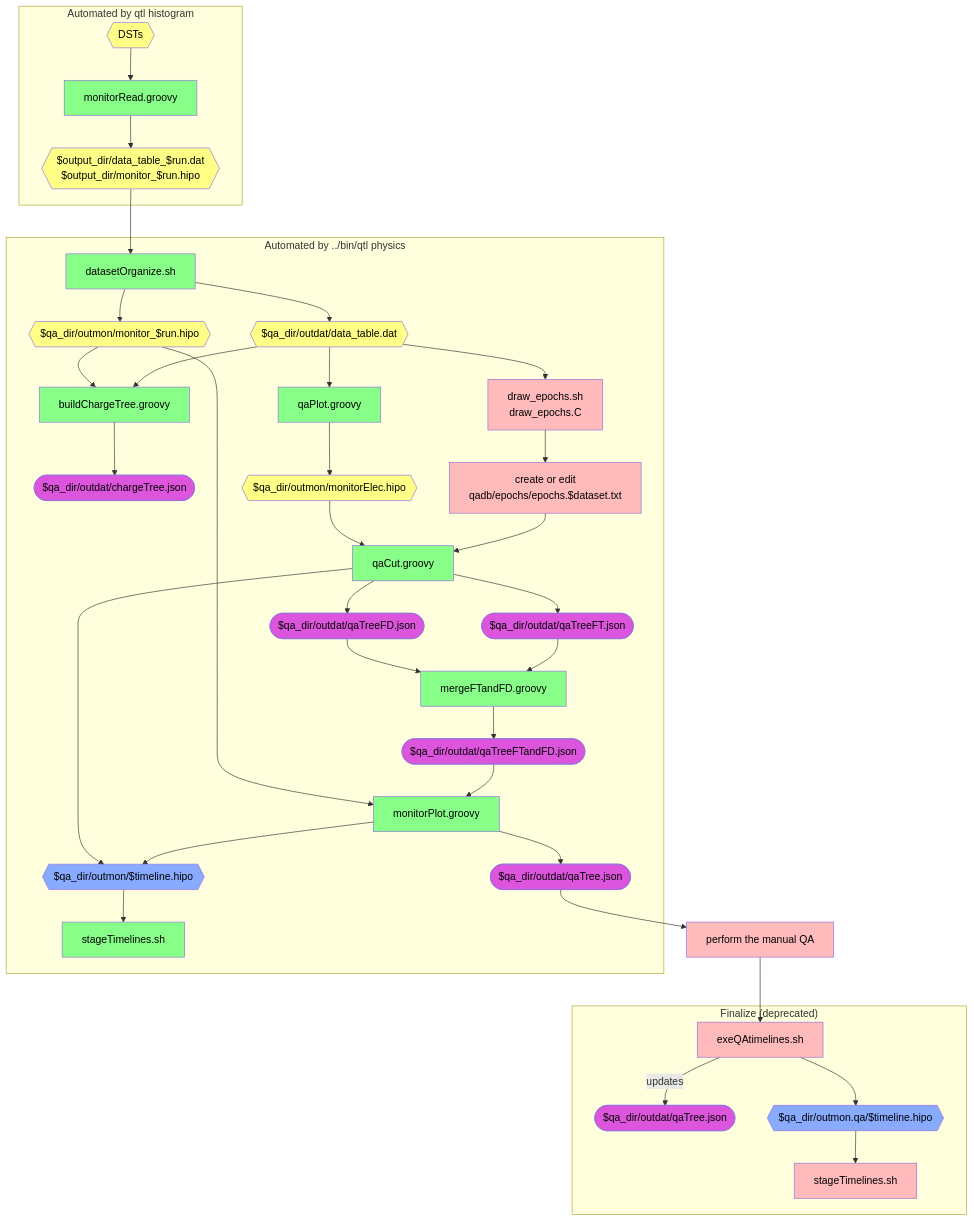
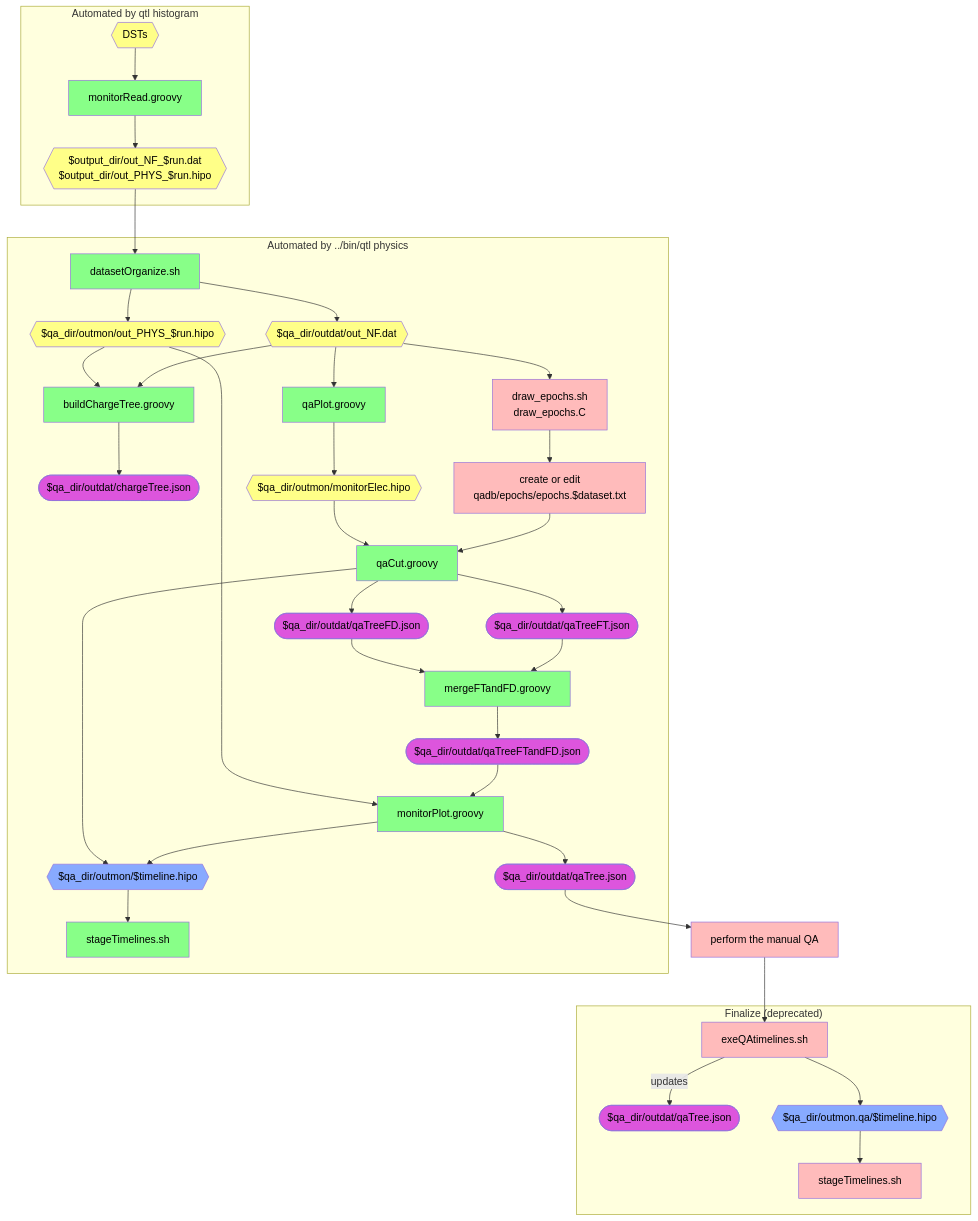
One commit to JeffersonLab/clas12-timeline changed the second of 2 diagrams in qa-physics/README.md. Above: the diagram before and after it, drawn with Mermaid. The commit also changed other lines of this file and 9 other files, not shown here.

````diff
--- a/qa-physics/README.md
+++ b/qa-physics/README.md
@@ -121,76 +121,76 @@
 ```mermaid
 flowchart TB
 
     classDef data fill:#ff8,color:black
     classDef auto fill:#8f8,color:black
     classDef manual fill:#fbb,color:black
     classDef timeline fill:#8af,color:black
     classDef json fill:#d5d,color:black
 
     subgraph "Automated by qtl histogram"
       dst{{DSTs}}:::data
       monitorRead[monitorRead.groovy]:::auto
-      monitorReadOut{{$output_dir/data_table_$run.dat<br>$output_dir/monitor_$run.hipo}}:::data
+      monitorReadOut{{$output_dir/out_NF_$run.dat<br>$output_dir/out_PHYS_$run.hipo}}:::data
       dst --> monitorRead
       monitorRead --> monitorReadOut
     end
 
     subgraph "Automated by ../bin/qtl physics"
       datasetOrganize[datasetOrganize.sh]:::auto
-      outmonFiles{{$qa_dir/outmon/monitor_$run.hipo}}:::data
-      outdatFiles{{$qa_dir/outdat/data_table.dat}}:::data
+      outmonFiles{{$qa_dir/outmon/out_PHYS_$run.hipo}}:::data
+      outdatFiles{{$qa_dir/outdat/out_NF.dat}}:::data
       monitorReadOut --> datasetOrganize
       datasetOrganize --> outmonFiles
       datasetOrganize --> outdatFiles
 
       buildCT[buildChargeTree.groovy]:::auto
       chargeTree([$qa_dir/outdat/chargeTree.json]):::json
       outmonFiles --> buildCT
       outdatFiles --> buildCT
 
       qaPlot[qaPlot.groovy]:::auto
       outdatFiles --> draw_epochs[draw_epochs.sh<br />draw_epochs.C]:::manual
       draw_epochs --> createEpochs[create or edit<br>qadb/epochs/epochs.$dataset.txt]:::manual
       monitorElec{{$qa_dir/outmon/monitorElec.hipo}}:::data
       outdatFiles --> qaPlot
       qaPlot --> monitorElec
 
       qaCut[qaCut.groovy]:::auto
       mergeFTandFD[mergeFTandFD.groovy]:::auto
       qaTreeFD([$qa_dir/outdat/qaTreeFD.json]):::json
       qaTreeFT([$qa_dir/outdat/qaTreeFT.json]):::json
       qaTreeFTandFD([$qa_dir/outdat/qaTreeFTandFD.json]):::json
       timelineFiles{{$qa_dir/outmon/$timeline.hipo}}:::timeline
       monitorElec --> qaCut
       createEpochs --> qaCut
       qaCut --> timelineFiles
       qaCut --> qaTreeFD --> mergeFTandFD
       qaCut --> qaTreeFT --> mergeFTandFD
       mergeFTandFD --> qaTreeFTandFD
 
       monitorPlot[monitorPlot.groovy]:::auto
       qaTree([$qa_dir/outdat/qaTree.json]):::json
       outmonFiles --> monitorPlot
       qaTreeFTandFD --> monitorPlot
       monitorPlot --> qaTree
       monitorPlot --> timelineFiles
 
       stage0[stageTimelines.sh]:::auto
       buildCT --> chargeTree
       timelineFiles --> stage0
     end
 
     subgraph "Finalize (deprecated)"
       exeQAtimelines[exeQAtimelines.sh]:::manual
       qaTreeUpdated([$qa_dir/outdat/qaTree.json]):::json
       qaTL{{$qa_dir/outmon.qa/$timeline.hipo}}:::timeline
       stage1[stageTimelines.sh]:::manual
       exeQAtimelines --> qaTL
       exeQAtimelines -->|updates|qaTreeUpdated
       qaTL --> stage1
     end
 
     manualQA[perform the manual QA]:::manual
     qaTree --> manualQA
     manualQA --> exeQAtimelines
 ```
````
